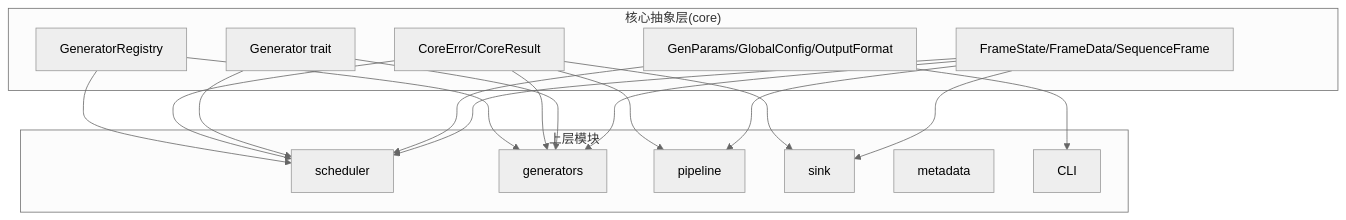
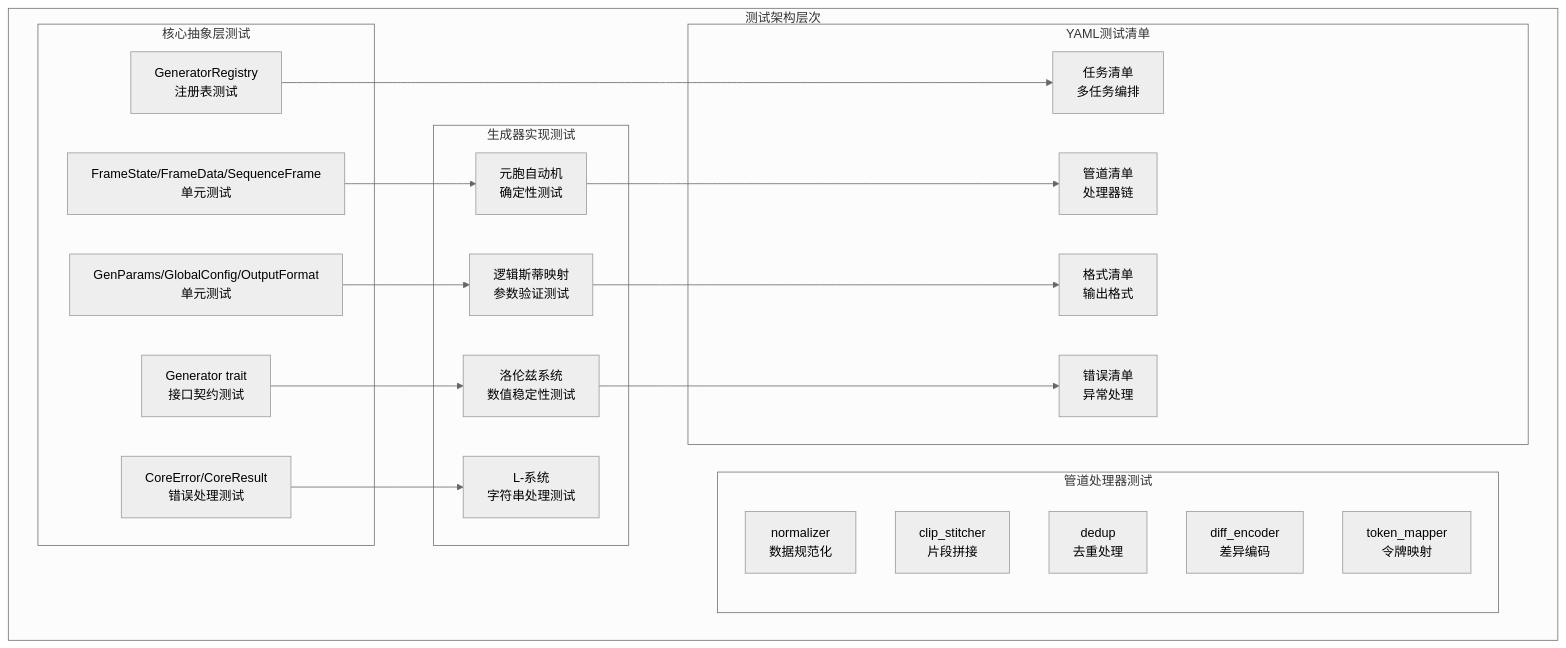
One commit to shiyukonghui/StructGen-rs changed the second of 3 diagrams in .qoder/repowiki/zh/content/测试策略.md. Above: the diagram before and after it, drawn with Mermaid (neutral theme). The commit also changed other lines of this file and 8 other files, not shown here.

````diff
--- a/.qoder/repowiki/zh/content/测试策略.md
+++ b/.qoder/repowiki/zh/content/测试策略.md
@@ -77,32 +102,39 @@
 ```mermaid
 graph TB
-subgraph "核心抽象层(core)"
-FS["FrameState/FrameData/SequenceFrame"]
-GP["GenParams/GlobalConfig/OutputFormat"]
-GE["Generator trait"]
-ER["CoreError/CoreResult"]
-RG["GeneratorRegistry"]
+subgraph "测试架构层次"
+subgraph "核心抽象层测试"
+FS["FrameState/FrameData/SequenceFrame<br/>单元测试"]
+GP["GenParams/GlobalConfig/OutputFormat<br/>单元测试"]
+GE["Generator trait<br/>接口契约测试"]
+ER["CoreError/CoreResult<br/>错误处理测试"]
+RG["GeneratorRegistry<br/>注册表测试"]
 end
-subgraph "上层模块"
-SCH["scheduler"]
-GEN["generators"]
-PIPE["pipeline"]
-SNK["sink"]
-META["metadata"]
-CLI["CLI"]
+subgraph "生成器实现测试"
+CA["元胞自动机<br/>确定性测试"]
+LOG["逻辑斯蒂映射<br/>参数验证测试"]
+LOR["洛伦兹系统<br/>数值稳定性测试"]
+LS["L-系统<br/>字符串处理测试"]
 end
-FS --> SCH
-FS --> GEN
-FS --> PIPE
-FS --> SNK
-GP --> SCH
-GP --> CLI
-GE --> SCH
-GE --> GEN
-ER --> SCH
-ER --> GEN
-ER --> PIPE
-ER --> SNK
-RG --> SCH
-RG --> GEN
+subgraph "管道处理器测试"
+PIPE["normalizer<br/>数据规范化"]
+CLIP["clip_stitcher<br/>片段拼接"]
+DUP["dedup<br/>去重处理"]
+DIFF["diff_encoder<br/>差异编码"]
+TM["token_mapper<br/>令牌映射"]
+end
+subgraph "YAML测试清单"
+MAN["任务清单<br/>多任务编排"]
+PIPE_MAN["管道清单<br/>处理器链"]
+FORMAT_MAN["格式清单<br/>输出格式"]
+ERR_MAN["错误清单<br/>异常处理"]
+end
+end
+FS --> CA
+GP --> LOG
+GE --> LOR
+ER --> LS
+RG --> MAN
+CA --> PIPE_MAN
+LOG --> FORMAT_MAN
+LOR --> ERR_MAN
 ```
````
